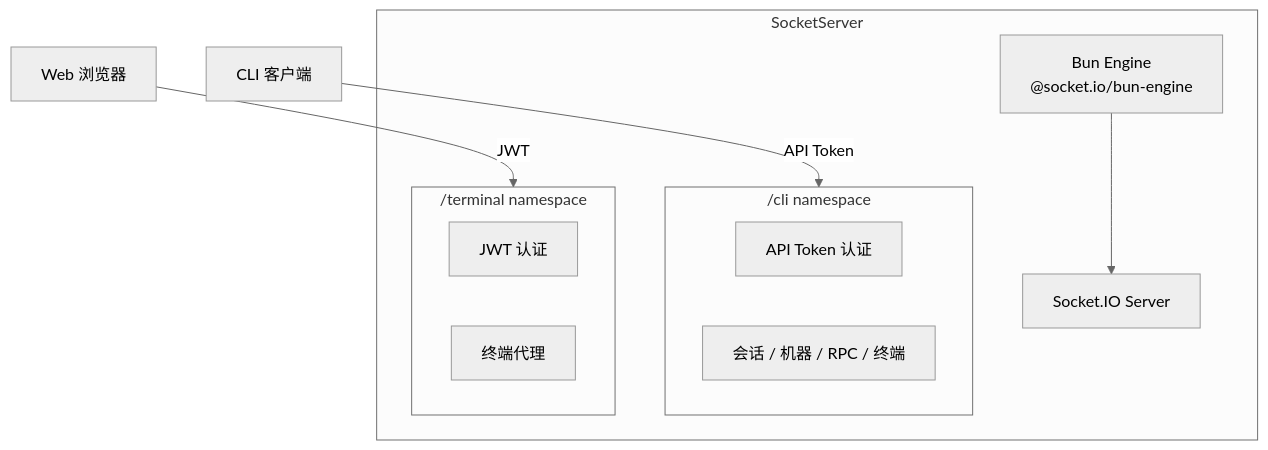
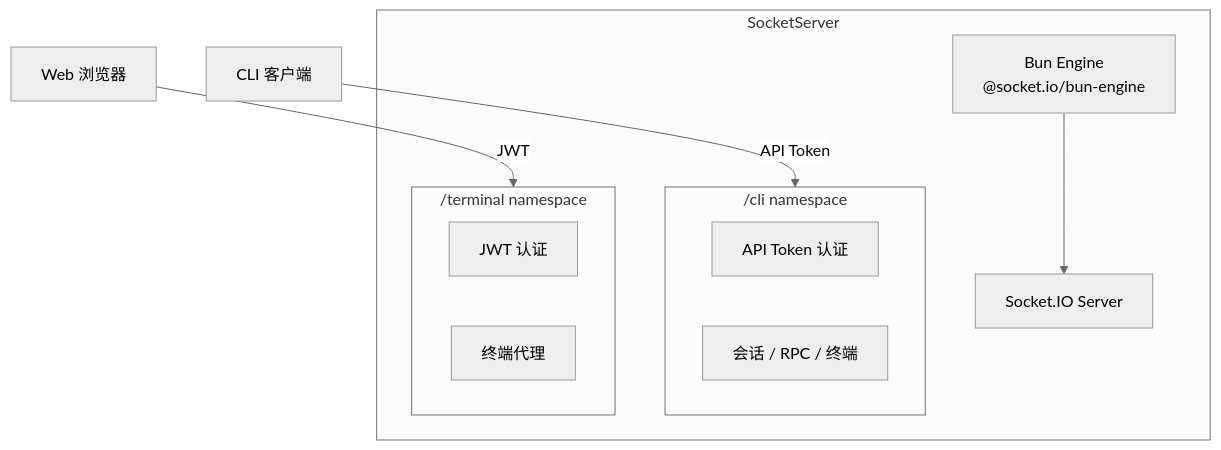
Before and after one commit to ModuBit/mobi: the first of 4 diagrams in docs/architecture/daemon/socket/README.md, drawn with Mermaid (neutral theme). The commit also changed other lines of this file and 86 other files, not shown here.

````diff
--- a/docs/architecture/daemon/socket/README.md
+++ b/docs/architecture/daemon/socket/README.md
@@ -9,24 +9,24 @@
 ```mermaid
 flowchart TB
     CLI[CLI 客户端]
     Web[Web 浏览器]
 
     subgraph SocketServer
         Engine[Bun Engine<br/>@socket.io/bun-engine]
         IO[Socket.IO Server]
 
         subgraph cliNs["/cli namespace"]
             CliAuth[API Token 认证]
-            CliHandlers[会话 / 机器 / RPC / 终端]
+            CliHandlers[会话 / RPC / 终端]
         end
 
         subgraph termNs["/terminal namespace"]
             TermAuth[JWT 认证]
             TermHandlers[终端代理]
         end
     end
 
     CLI -->|API Token| cliNs
     Web -->|JWT| termNs
     Engine --> IO
 ```
````
